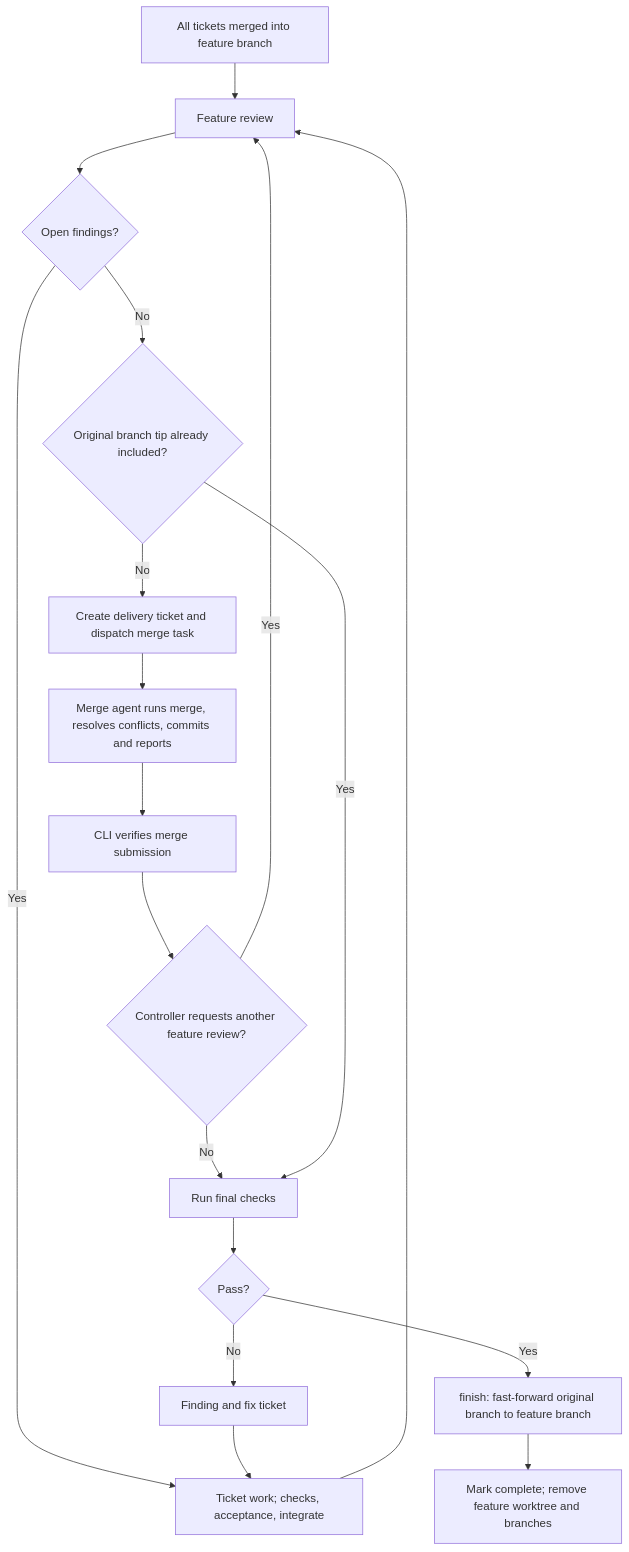
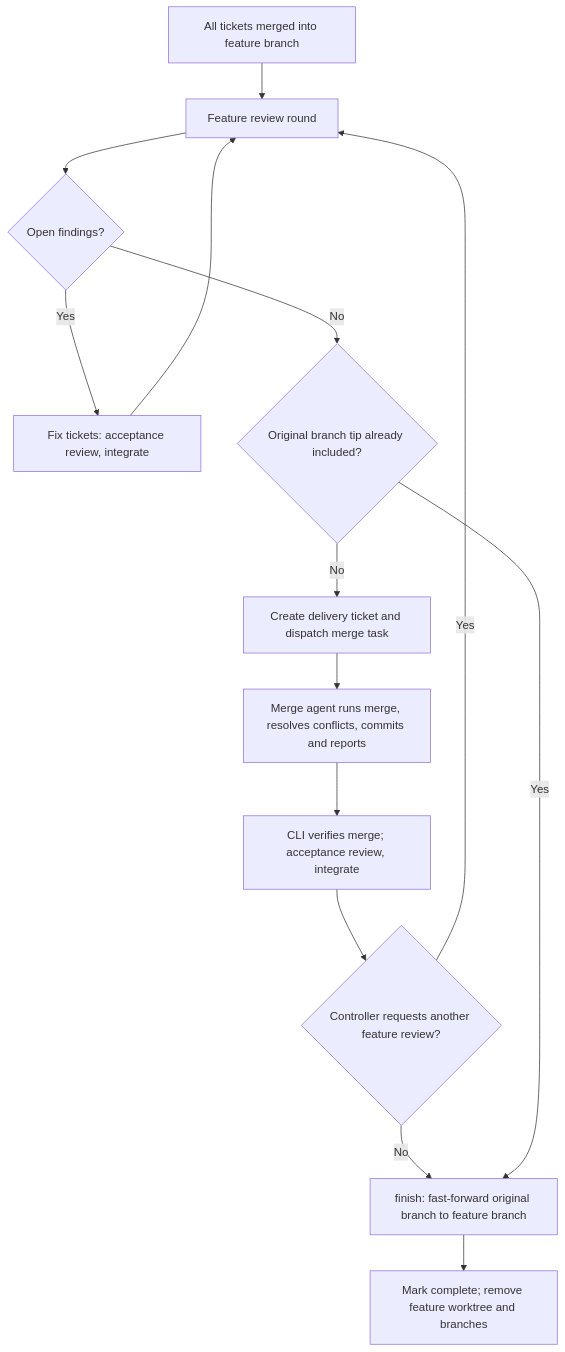
The seventh of 7 diagrams in SDD-WORKFLOWS.md (UseTheFork/spindle), drawn with Mermaid before and after one commit. The commit also changed other lines of this file, not shown here.

````diff
--- a/SDD-WORKFLOWS.md
+++ b/SDD-WORKFLOWS.md
@@ -569,20 +565,16 @@
 ```mermaid
 flowchart TD
-    A["All tickets merged into feature branch"] --> B["Feature review"]
+    A["All tickets merged into feature branch"] --> B["Feature review round"]
     B --> C{"Open findings?"}
-    C -->|"Yes"| D["Ticket work; checks, acceptance, integrate"]
+    C -->|"Yes"| D["Fix tickets: acceptance review, integrate"]
     D --> B
     C -->|"No"| E{"Original branch tip already included?"}
     E -->|"No"| M["Create delivery ticket and dispatch merge task"]
     M --> N["Merge agent runs merge, resolves conflicts, commits and reports"]
-    N --> O["CLI verifies merge submission"]
+    N --> O["CLI verifies merge; acceptance review, integrate"]
     O --> P{"Controller requests another feature review?"}
     P -->|"Yes"| B
-    P -->|"No"| F
-    E -->|"Yes"| F["Run final checks"]
-    F --> G{"Pass?"}
-    G -->|"No"| H["Finding and fix ticket"]
-    H --> D
-    G -->|"Yes"| I["finish: fast-forward original branch to feature branch"]
+    P -->|"No"| I
+    E -->|"Yes"| I["finish: fast-forward original branch to feature branch"]
     I --> J["Mark complete; remove feature worktree and branches"]
 ```
````
